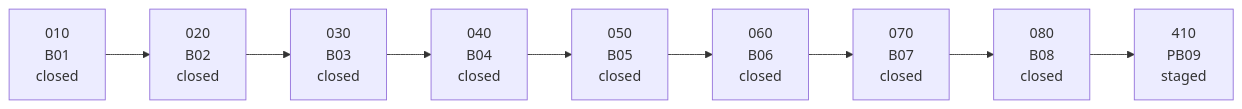
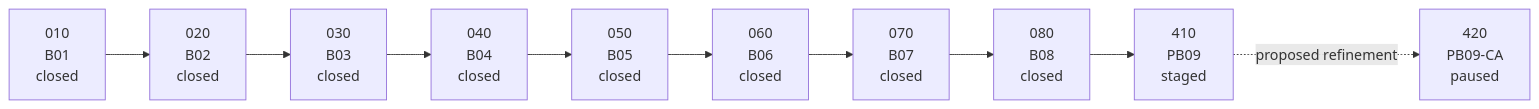
One commit to tryskian/scorey changed the first of 2 diagrams in docs/research/000_LEGEND.md. Above: the diagram before and after it, drawn with Mermaid. The commit also changed other lines of this file and 25 other files, not shown here.

````diff
--- a/docs/research/000_LEGEND.md
+++ b/docs/research/000_LEGEND.md
@@ -27,14 +29,16 @@
 ```mermaid
 flowchart LR
   B1["010<br/>B01<br/>closed"]
   B2["020<br/>B02<br/>closed"]
   B3["030<br/>B03<br/>closed"]
   B4["040<br/>B04<br/>closed"]
   B5["050<br/>B05<br/>closed"]
   B6["060<br/>B06<br/>closed"]
   B7["070<br/>B07<br/>closed"]
   B8["080<br/>B08<br/>closed"]
   PB9["410<br/>PB09<br/>staged"]
+  PB9CA["420<br/>PB09-CA<br/>paused"]
 
   B1 --> B2 --> B3 --> B4 --> B5 --> B6 --> B7 --> B8 --> PB9
+  PB9 -.->|"proposed refinement"| PB9CA
 ```
````
